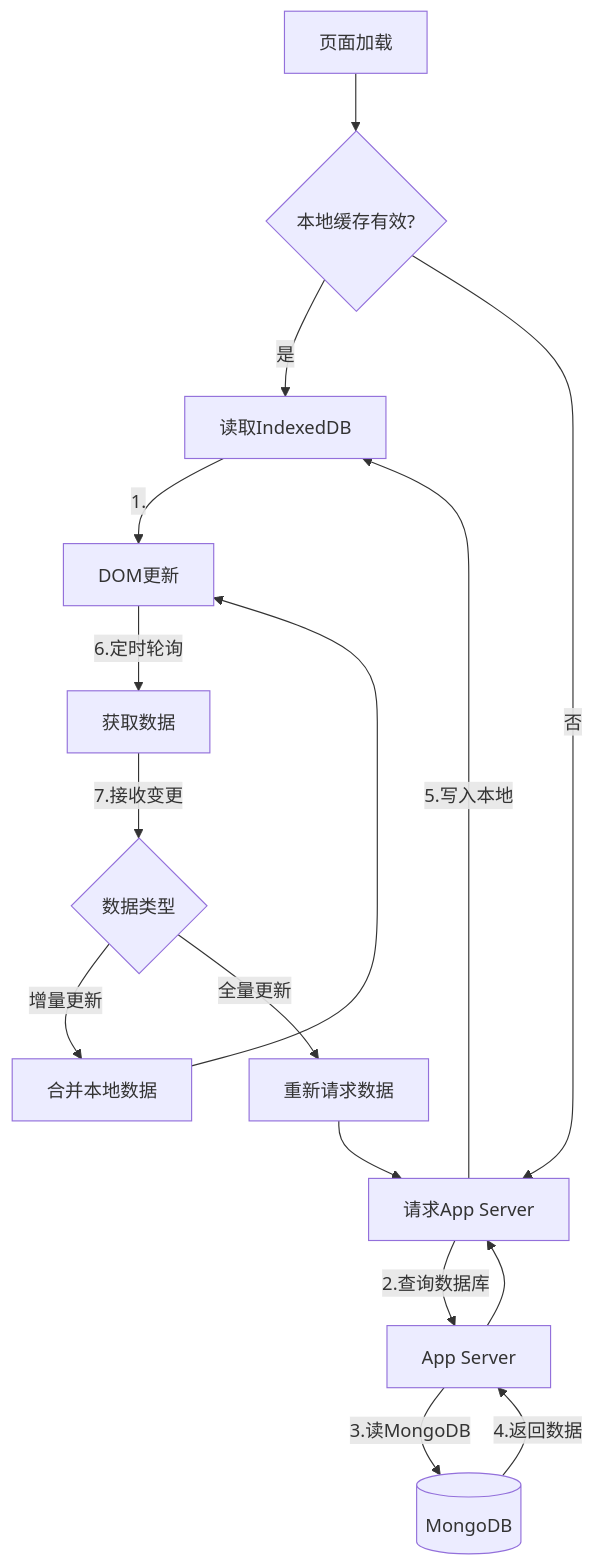
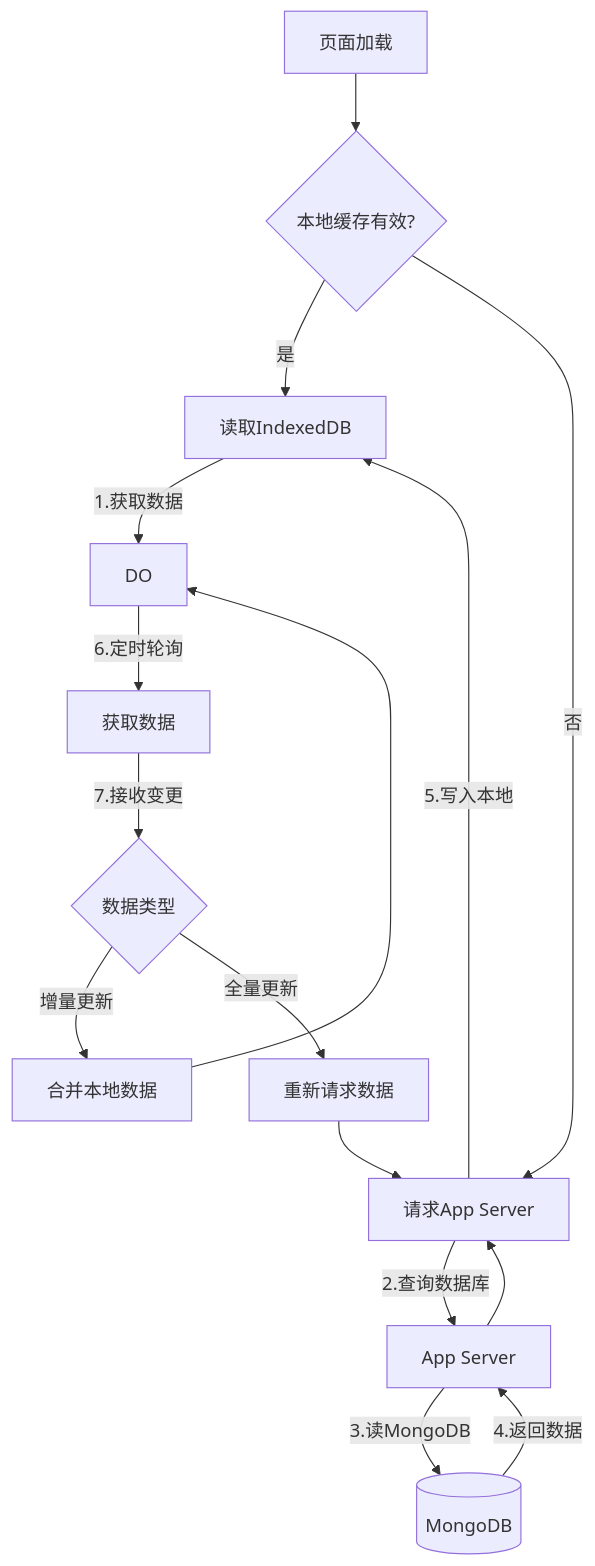
One commit to yingjianzh/iodraw-files changed the diagram in all/未命名-21.md. Above: the diagram before and after it, drawn with Mermaid.

Commit message:
2025-02-18 11:29:21 update

````diff
--- a/all/未命名-21.md
+++ b/all/未命名-21.md
@@ -1,19 +1,19 @@
 ```mermaid
 
 graph TD
     A[页面加载] --> B{本地缓存有效?}
     B -->|是| C[读取IndexedDB]
     B -->|否| D[请求App Server]
-    C -->|1.| E[DOM更新]
+    C -->|1.获取数据| E[DO]
     D -->|2.查询数据库| F[App Server]
     F -->|3.读MongoDB| G[(MongoDB)]
     G -->|4.返回数据| F --> D
     D -->|5.写入本地| C
     E -->|6.定时轮询| H[获取数据]
     H -->|7.接收变更| I{数据类型}
     I -->|增量更新| J[合并本地数据]
     I -->|全量更新| K[重新请求数据]
     J --> E
     K --> D
 
 ```
````
